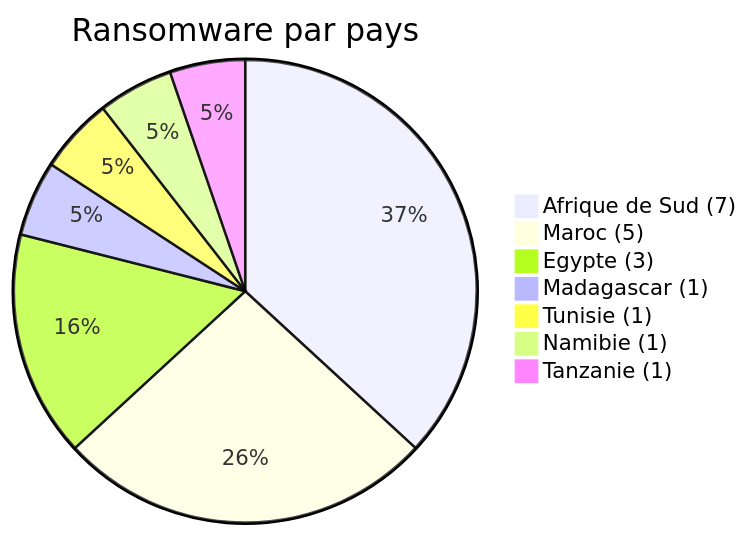
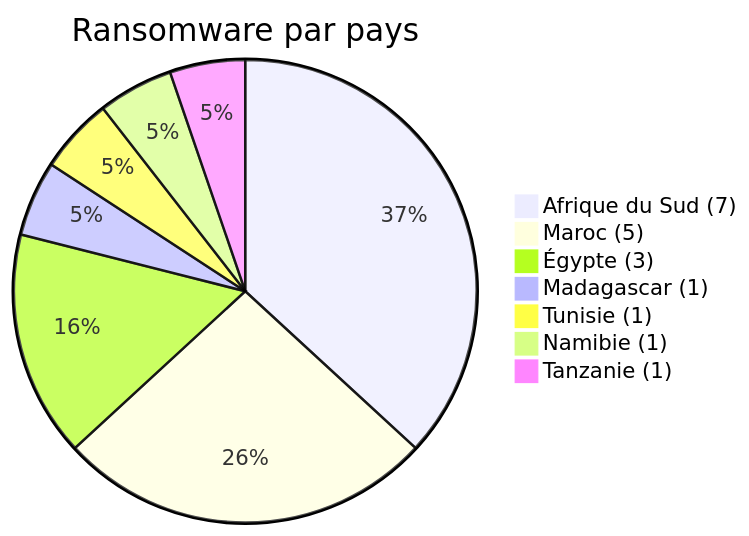
The second of 5 diagrams in CyberAttackAfrica/2026/03-march/README_FR.md (Hatchepsoute/AFRINTEL), drawn with Mermaid before and after one commit. The commit also changed other lines of this file and 9 other files, not shown here.

````diff
--- a/CyberAttackAfrica/2026/03-march/README_FR.md
+++ b/CyberAttackAfrica/2026/03-march/README_FR.md
@@ -98,11 +98,11 @@
 ```mermaid
 pie
     title Ransomware par pays
-    "Afrique de Sud (7)" : 7
+    "Afrique du Sud (7)" : 7
     "Maroc (5)" : 5
-    "Egypte (3)" : 3
+    "Égypte (3)" : 3
     "Madagascar (1)" : 1
     "Tunisie (1)" : 1
     "Namibie (1)" : 1
     "Tanzanie (1)" : 1
 ```
````
